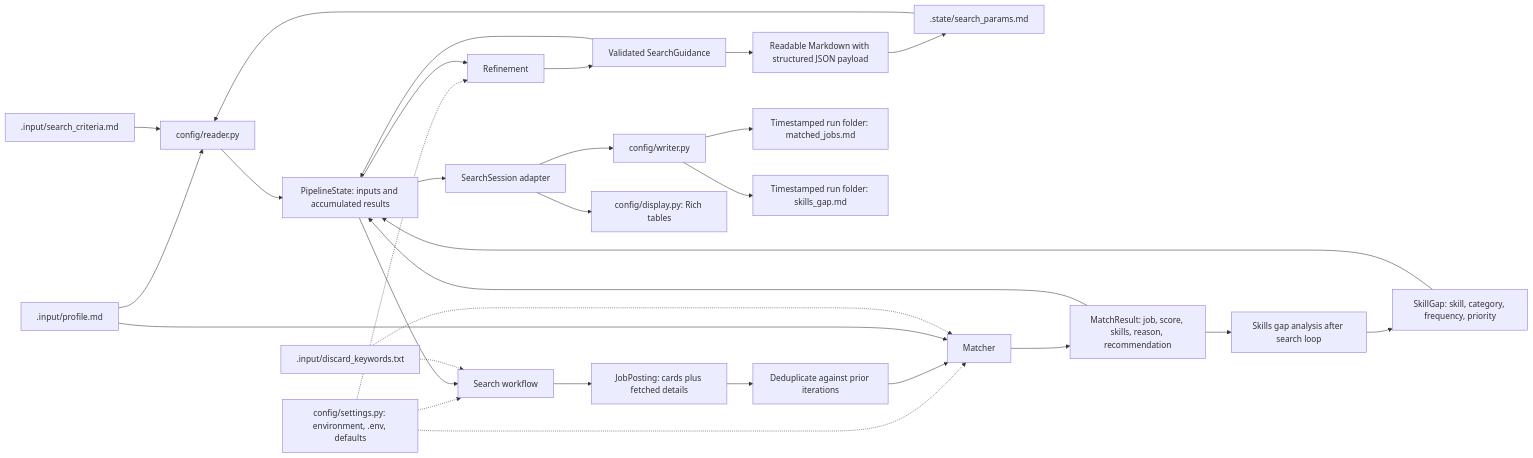
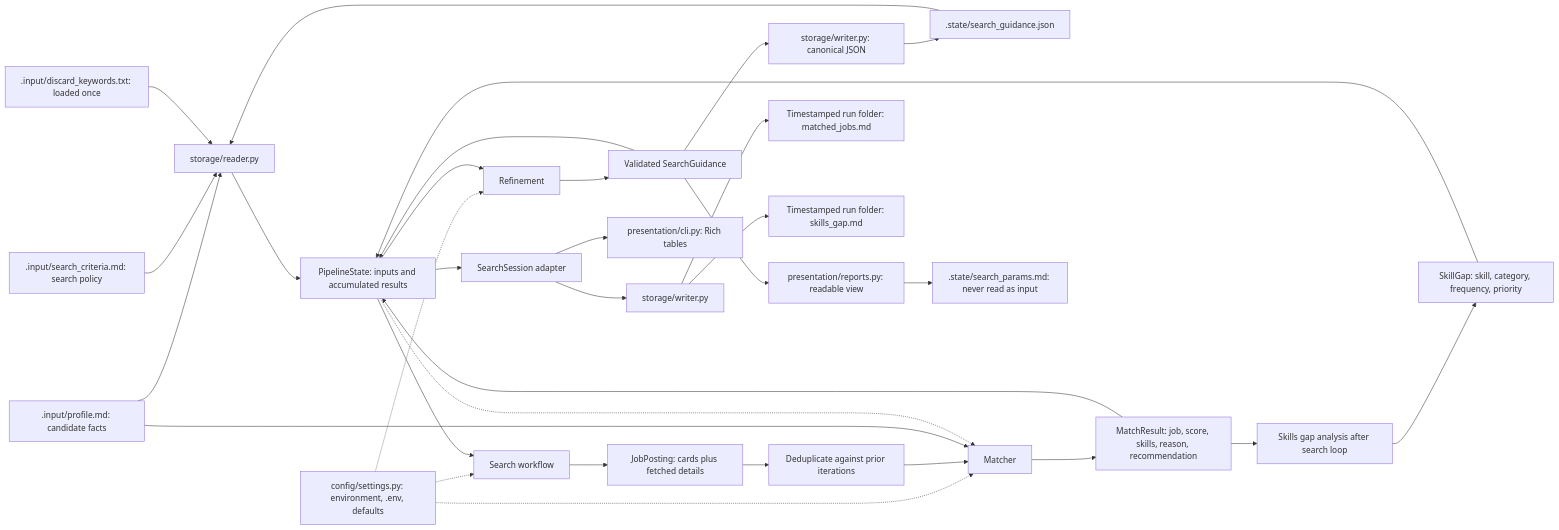
One commit to sheyko94/linkedin_job_search changed the first of 2 diagrams in docs/data-flow.md. Above: the diagram before and after it, drawn with Mermaid. The commit also changed other lines of this file and 45 other files, not shown here.

````diff
--- a/docs/data-flow.md
+++ b/docs/data-flow.md
@@ -8,32 +8,34 @@
 ```mermaid
 flowchart LR
-    PROFILE[".input/profile.md"] --> READER["config/reader.py"]
-    CRITERIA[".input/search_criteria.md"] --> READER
-    PARAMS[".state/search_params.md"] --> READER
+    PROFILE[".input/profile.md: candidate facts"] --> READER["storage/reader.py"]
+    CRITERIA[".input/search_criteria.md: search policy"] --> READER
+    PARAMS[".state/search_guidance.json"] --> READER
     READER --> STATE["PipelineState: inputs and accumulated results"]
     SETTINGS["config/settings.py: environment, .env, defaults"] -.-> SEARCH["Search workflow"]
     SETTINGS -.-> MATCH["Matcher"]
     SETTINGS -.-> REFINE["Refinement"]
     STATE --> SEARCH
     SEARCH --> JOBS["JobPosting: cards plus fetched details"]
     JOBS --> DEDUP["Deduplicate against prior iterations"]
     DEDUP --> MATCH
     PROFILE --> MATCH
-    DISCARD[".input/discard_keywords.txt"] -.-> SEARCH
-    DISCARD -.-> MATCH
+    DISCARD[".input/discard_keywords.txt: loaded once"] --> READER
+    STATE -.-> MATCH
     MATCH --> RESULTS["MatchResult: job, score, skills, reason, recommendation"]
     RESULTS --> STATE
     STATE --> REFINE
     REFINE --> GUIDANCE["Validated SearchGuidance"]
     GUIDANCE --> STATE
-    GUIDANCE --> MARKDOWN["Readable Markdown with structured JSON payload"]
-    MARKDOWN --> PARAMS
+    GUIDANCE --> JSON["storage/writer.py: canonical JSON"]
+    JSON --> PARAMS
+    GUIDANCE --> MARKDOWN["presentation/reports.py: readable view"]
+    MARKDOWN --> VIEW[".state/search_params.md: never read as input"]
     RESULTS --> GAPS["Skills gap analysis after search loop"]
     GAPS --> SKILLS["SkillGap: skill, category, frequency, priority"]
     SKILLS --> STATE
     STATE --> SESSION["SearchSession adapter"]
-    SESSION --> WRITER["config/writer.py"]
+    SESSION --> WRITER["storage/writer.py"]
     WRITER --> JOBREPORT["Timestamped run folder: matched_jobs.md"]
     WRITER --> GAPREPORT["Timestamped run folder: skills_gap.md"]
-    SESSION --> DISPLAY["config/display.py: Rich tables"]
+    SESSION --> DISPLAY["presentation/cli.py: Rich tables"]
 ```
````
